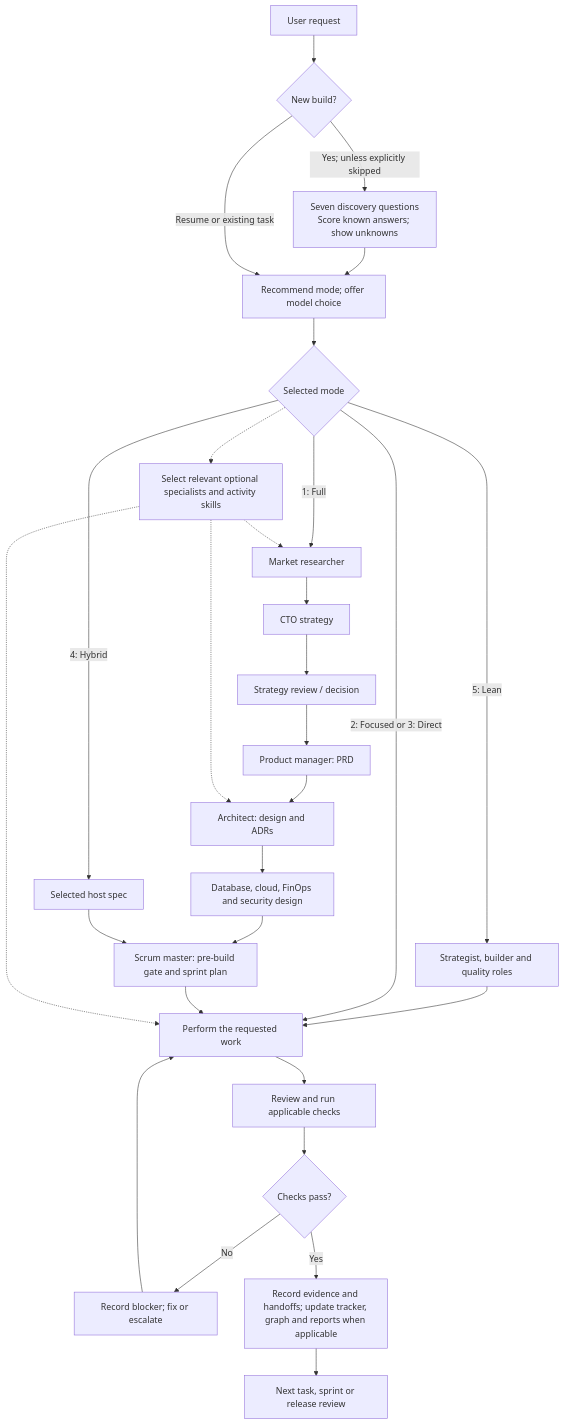
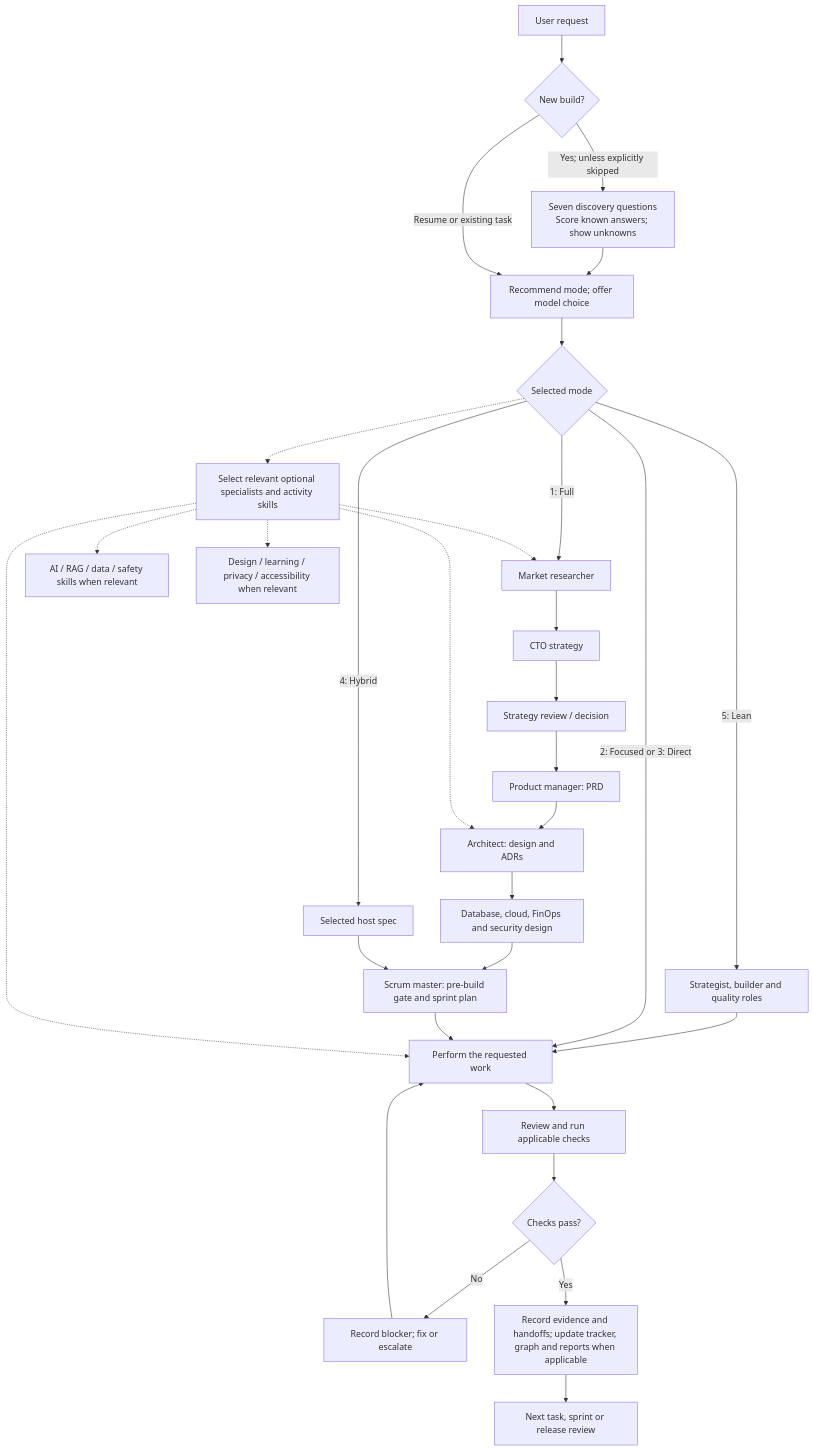
The diagram in README.md (supersaiyane/loopEngineering), drawn with Mermaid before and after one commit. The commit also changed other lines of this file and 3 other files, not shown here.

Commit message:
Refresh website and framework flow documentation

````diff
--- a/README.md
+++ b/README.md
@@ -96,26 +96,28 @@
 ```mermaid
 flowchart TD
     A["User request"] --> B{"New build?"}
     B -->|"Yes; unless explicitly skipped"| C["Seven discovery questions\nScore known answers; show unknowns"]
     C --> D["Recommend mode; offer model choice"]
     B -->|"Resume or existing task"| D
     D --> E{"Selected mode"}
     E -->|"1: Full"| M["Market researcher"]
     M --> T["CTO strategy"] --> G["Strategy review / decision"]
     G --> P["Product manager: PRD"] --> AR["Architect: design and ADRs"]
     AR --> F["Database, cloud, FinOps and security design"]
     F --> S["Scrum master: pre-build gate and sprint plan"]
     E -->|"4: Hybrid"| H["Selected host spec"] --> S
     E -->|"5: Lean"| L["Strategist, builder and quality roles"] --> W
     E -->|"2: Focused or 3: Direct"| W["Perform the requested work"]
     S --> W
     E -.-> O["Select relevant optional specialists and activity skills"]
     O -.-> M
     O -.-> AR
     O -.-> W
+    O -.-> AI["AI / RAG / data / safety skills when relevant"]
+    O -.-> UX["Design / learning / privacy / accessibility when relevant"]
     W --> V["Review and run applicable checks"]
     V --> Q{"Checks pass?"}
     Q -->|"No"| X["Record blocker; fix or escalate"] --> W
     Q -->|"Yes"| R["Record evidence and handoffs; update tracker, graph and reports when applicable"]
     R --> N["Next task, sprint or release review"]
 ```
````
